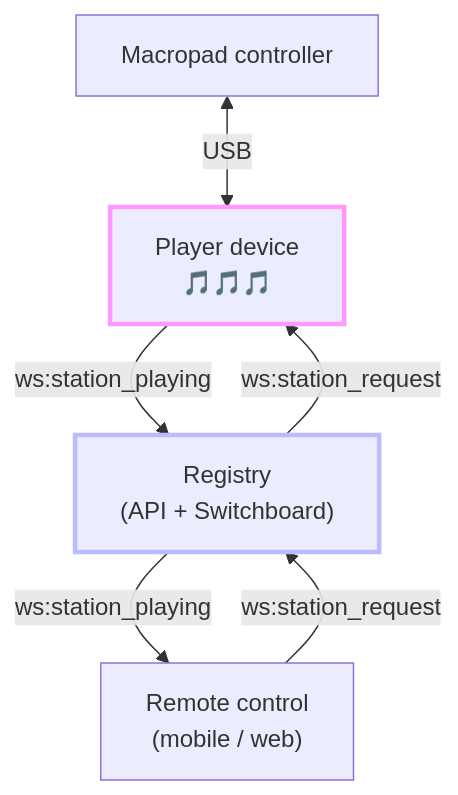
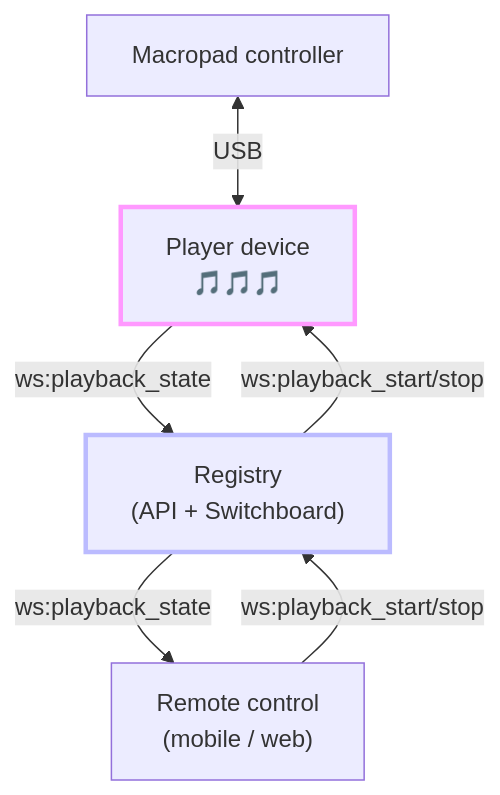
One commit to briceburg/radio-pad changed the first of 2 diagrams in README.md. Above: the diagram before and after it, drawn with Mermaid. The commit also changed 29 other files, not shown here.

````diff
--- a/README.md
+++ b/README.md
@@ -136,16 +136,16 @@
 ```mermaid
 flowchart TD
     Macropad["Macropad controller"]
     Player["Player device<br/>🎵🎵🎵"]
     Registry["Registry<br/>(API + Switchboard)"]
     Remote["Remote control<br/>(mobile / web)"]
 
     Macropad <-- USB --> Player
-    Player -- ws:station_playing --> Registry
-    Registry -- ws:station_request --> Player
-    Registry -- ws:station_playing --> Remote
-    Remote -- ws:station_request --> Registry
+    Player -- ws:playback_state --> Registry
+    Registry -- ws:playback_start/stop --> Player
+    Registry -- ws:playback_state --> Remote
+    Remote -- ws:playback_start/stop --> Registry
 
     style Player stroke:#f9f,stroke-width:3px
     style Registry stroke:#bbf,stroke-width:3px
 ```
````
